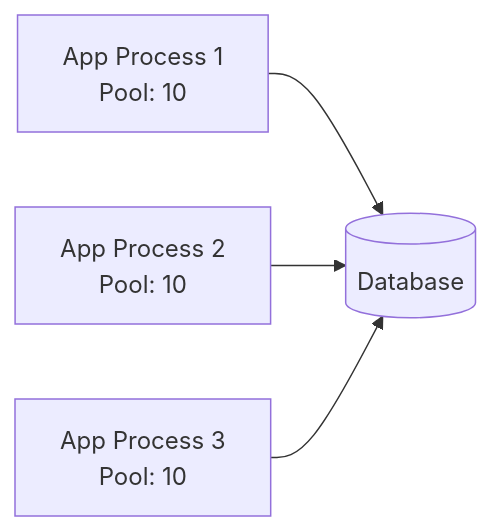
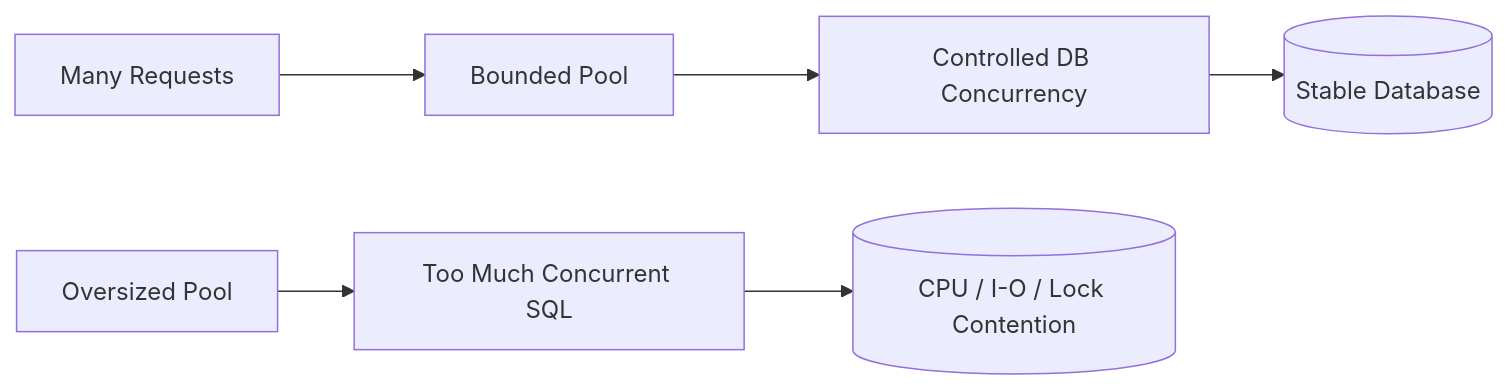
Before and after one commit to AvadhBhalodiya/Interview-Preparation: the third of 4 diagrams in src/content/databases/connection-pooling.md, drawn with Mermaid. The commit also changed other lines of this file and 80 other files, not shown here.

````diff
--- a/src/content/databases/connection-pooling.md
+++ b/src/content/databases/connection-pooling.md
@@ -364,6 +212,9 @@
 ```mermaid
 flowchart LR
-    A1[App Process 1<br/>Pool: 10] --> DB[(Database)]
-    A2[App Process 2<br/>Pool: 10] --> DB
-    A3[App Process 3<br/>Pool: 10] --> DB
+    A[Many Requests] --> B[Bounded Pool]
+    B --> C[Controlled DB Concurrency]
+    C --> D[(Stable Database)]
+
+    X[Oversized Pool] --> Y[Too Much Concurrent SQL]
+    Y --> Z[(CPU / I-O / Lock Contention)]
 ```
````
